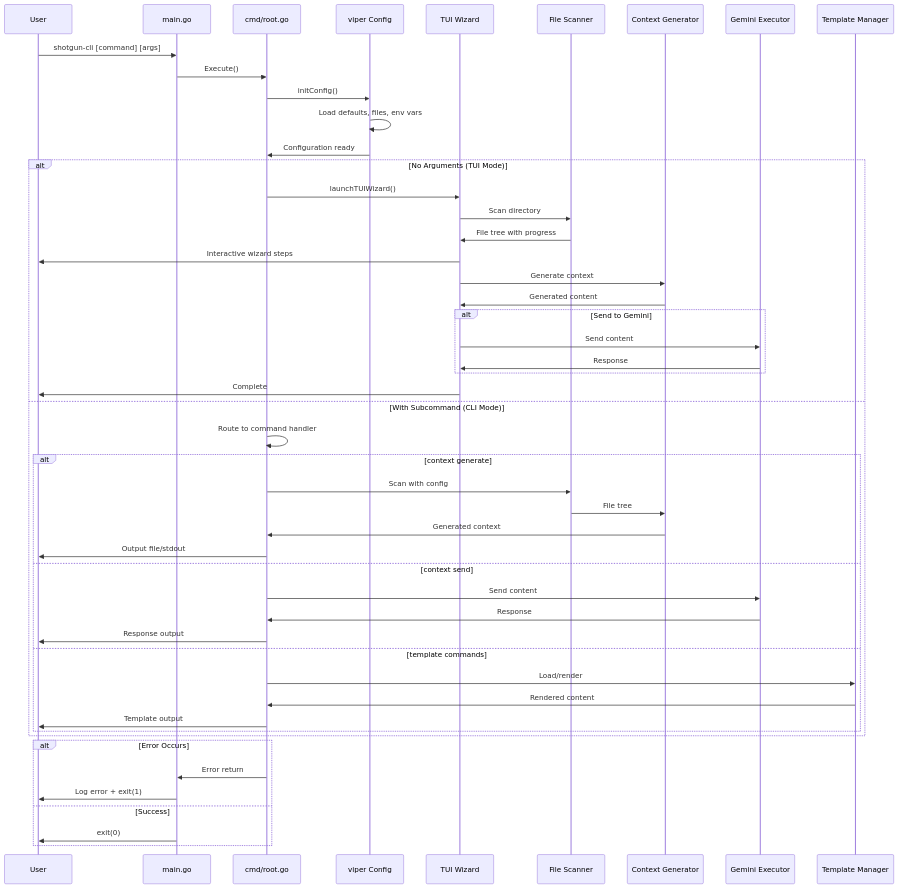
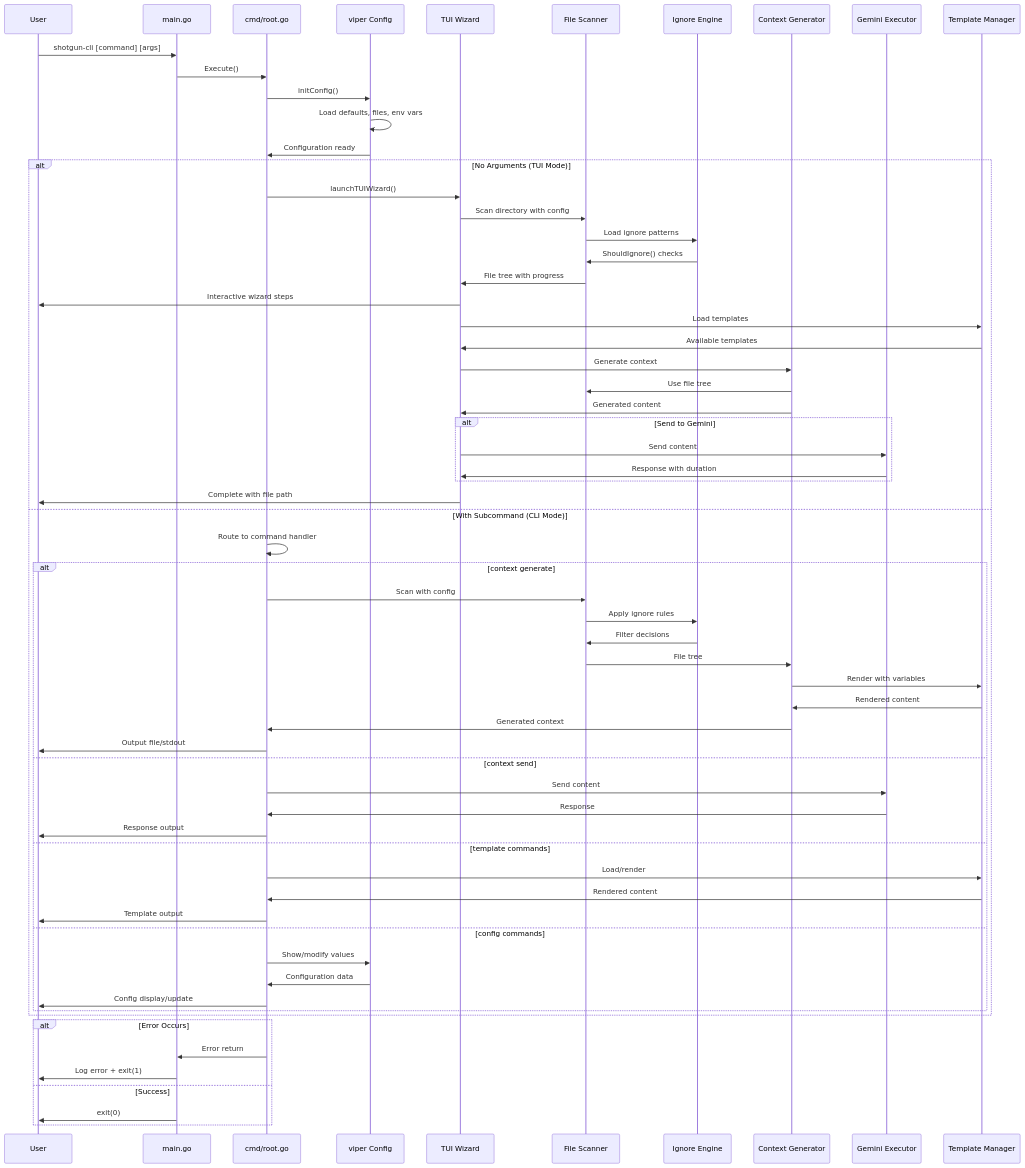
Before and after one commit to quantmind-br/shotgun-cli: the diagram in .ai/docs/request_flow_analysis.md, drawn with Mermaid. The commit also changed other lines of this file and 17 other files, not shown here.

````diff
--- a/.ai/docs/request_flow_analysis.md
+++ b/.ai/docs/request_flow_analysis.md
@@ -138,54 +150,69 @@
 ```mermaid
 sequenceDiagram
     participant User
     participant Main as main.go
     participant Cobra as cmd/root.go
     participant Config as viper Config
     participant TUI as TUI Wizard
     participant Scanner as File Scanner
+    participant Ignore as Ignore Engine
     participant Generator as Context Generator
     participant Gemini as Gemini Executor
+    participant Template as Template Manager
     
     User->>Main: shotgun-cli [command] [args]
     Main->>Cobra: Execute()
     Cobra->>Config: initConfig()
     Config->>Config: Load defaults, files, env vars
     Config->>Cobra: Configuration ready
     
     alt No Arguments (TUI Mode)
         Cobra->>TUI: launchTUIWizard()
-        TUI->>Scanner: Scan directory
+        TUI->>Scanner: Scan directory with config
+        Scanner->>Ignore: Load ignore patterns
+        Ignore->>Scanner: ShouldIgnore() checks
         Scanner->>TUI: File tree with progress
         TUI->>User: Interactive wizard steps
+        TUI->>Template: Load templates
+        Template->>TUI: Available templates
         TUI->>Generator: Generate context
+        Generator->>Scanner: Use file tree
         Generator->>TUI: Generated content
         alt Send to Gemini
             TUI->>Gemini: Send content
-            Gemini->>TUI: Response
+            Gemini->>TUI: Response with duration
         end
-        TUI->>User: Complete
+        TUI->>User: Complete with file path
     else With Subcommand (CLI Mode)
         Cobra->>Cobra: Route to command handler
         alt context generate
             Cobra->>Scanner: Scan with config
+            Scanner->>Ignore: Apply ignore rules
+            Ignore->>Scanner: Filter decisions
             Scanner->>Generator: File tree
+            Generator->>Template: Render with variables
+            Template->>Generator: Rendered content
             Generator->>Cobra: Generated context
             Cobra->>User: Output file/stdout
         else context send
             Cobra->>Gemini: Send content
             Gemini->>Cobra: Response
             Cobra->>User: Response output
         else template commands
-            Cobra->>Template Manager: Load/render
-            Template Manager->>Cobra: Rendered content
+            Cobra->>Template: Load/render
+            Template->>Cobra: Rendered content
             Cobra->>User: Template output
+        else config commands
+            Cobra->>Config: Show/modify values
+            Config->>Cobra: Configuration data
+            Cobra->>User: Config display/update
         end
     end
     
     alt Error Occurs
         Cobra->>Main: Error return
         Main->>User: Log error + exit(1)
     else Success
         Main->>User: exit(0)
     end
 ```
````
